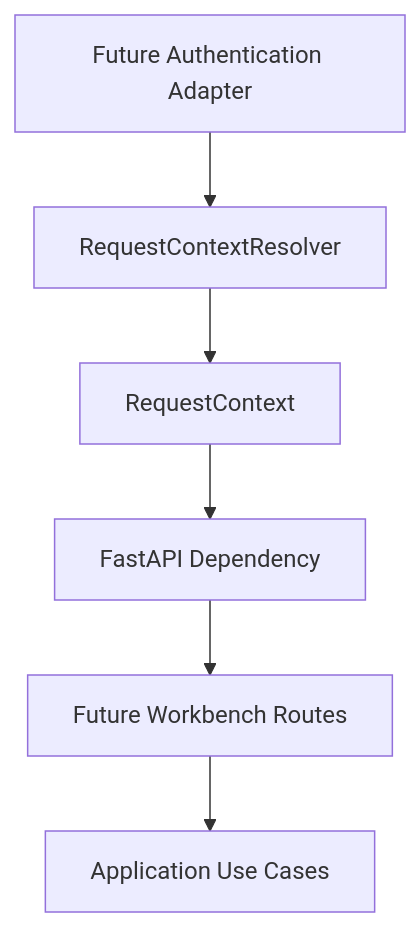
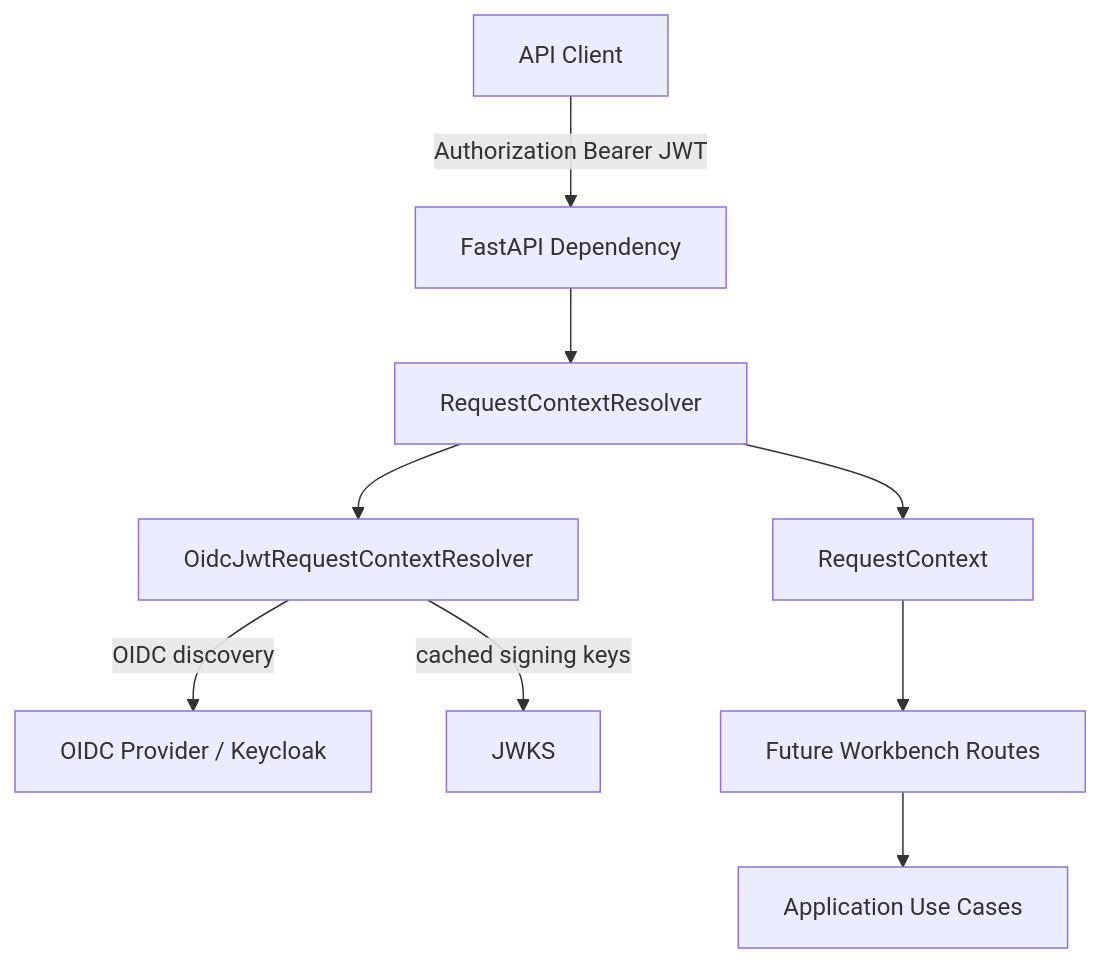
The first of 2 diagrams in docs/architecture.md (odurmazoglu/ict-integration-hub), drawn with Mermaid before and after one commit. The commit also changed other lines of this file and 22 other files, not shown here.

Commit message:
add oidc jwt request context resolver

````diff
--- a/docs/architecture.md
+++ b/docs/architecture.md
@@ -56,15 +61,21 @@
 ```mermaid
 flowchart TB
-    FutureAuth[Future Authentication Adapter]
+    Client[API Client]
+    Keycloak[OIDC Provider / Keycloak]
+    JWKS[JWKS]
     Resolver[RequestContextResolver]
+    OIDC[OidcJwtRequestContextResolver]
     Context[RequestContext]
     Dependency[FastAPI Dependency]
     Routes[Future Workbench Routes]
     UseCases[Application Use Cases]
 
-    FutureAuth --> Resolver
+    Client -->|Authorization Bearer JWT| Dependency
+    OIDC -->|OIDC discovery| Keycloak
+    OIDC -->|cached signing keys| JWKS
+    Resolver --> OIDC
+    Dependency --> Resolver
     Resolver --> Context
-    Context --> Dependency
-    Dependency --> Routes
+    Context --> Routes
     Routes --> UseCases
 ```
````
